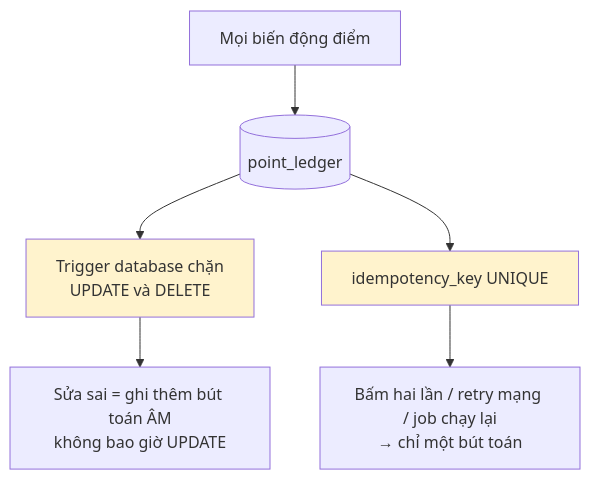
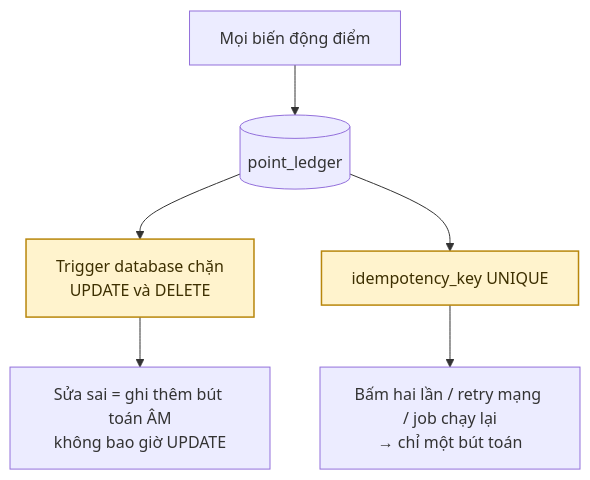
Before and after one commit to fdshn/trueheart: the first of 7 diagrams in docs/diagram/11-point.md, drawn with Mermaid. The commit also changed other lines of this file and 30 other files, not shown here.

First line of the commit message:
docs(diagram): chữ trong khối tô màu đọc được ở cả giao diện sáng và tối

````diff
--- a/docs/diagram/11-point.md
+++ b/docs/diagram/11-point.md
@@ -7,12 +7,12 @@
 ```mermaid
 flowchart TD
     A[Mọi biến động điểm] --> B[(point_ledger)]
     B --> C["Trigger database chặn<br/>UPDATE và DELETE"]
     C --> D[Sửa sai = ghi thêm bút toán ÂM<br/>không bao giờ UPDATE]
 
     B --> E[idempotency_key UNIQUE]
     E --> F[Bấm hai lần / retry mạng / job chạy lại<br/>→ chỉ một bút toán]
 
-    style C fill:#fff3cd
-    style E fill:#fff3cd
+    style C fill:#fff3cd,stroke:#b8860b,stroke-width:1.5px,color:#3d2f00
+    style E fill:#fff3cd,stroke:#b8860b,stroke-width:1.5px,color:#3d2f00
 ```
````
